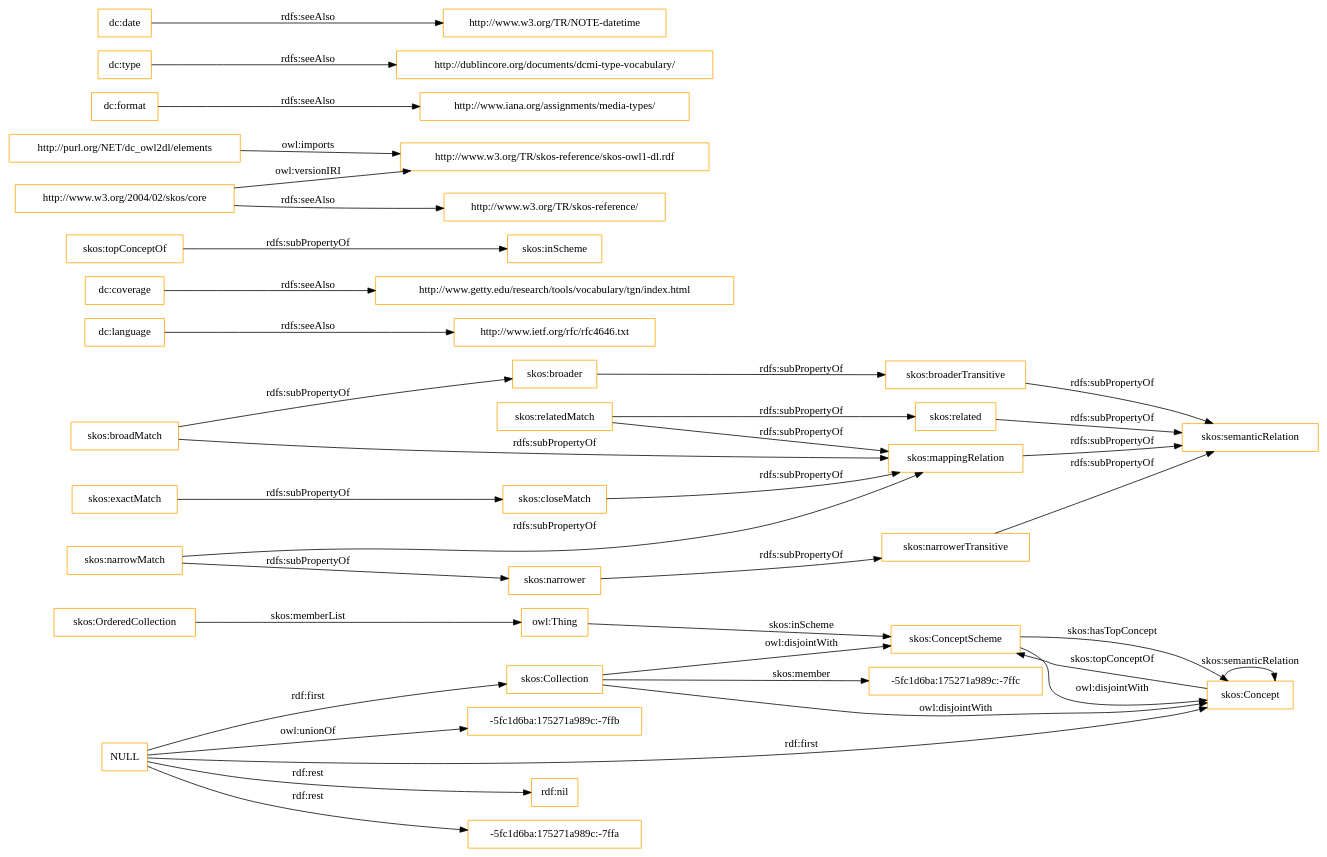
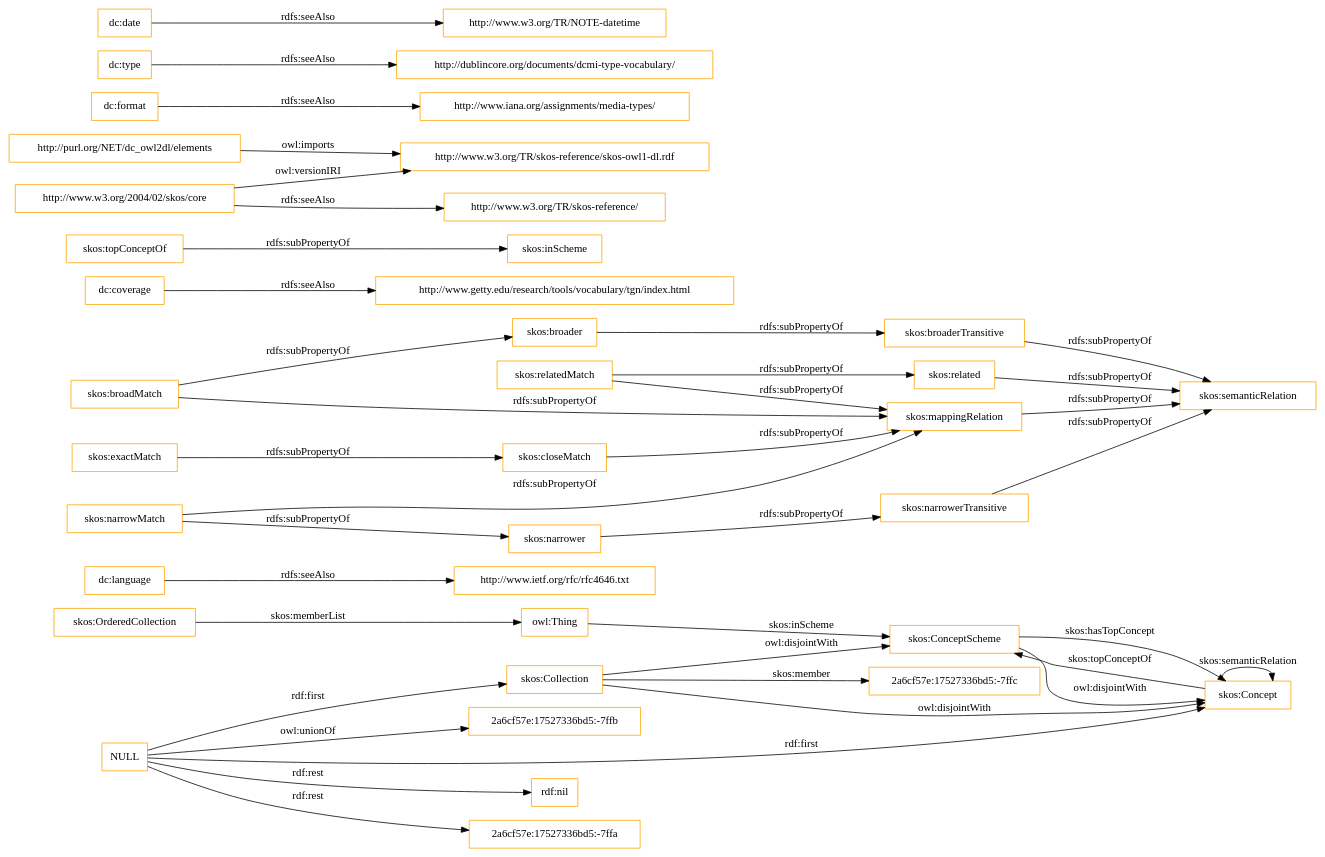
Before and after one commit to OnToologyUser/core-ontology-1: the diagram in OnToology/imports/elements.owl/diagrams/ar2dtool-class/elements.owl.png.dot, drawn with Graphviz. The commit also changed 14 other files, not shown here.

```diff
--- a/OnToology/imports/elements.owl/diagrams/ar2dtool-class/elements.owl.png.dot
+++ b/OnToology/imports/elements.owl/diagrams/ar2dtool-class/elements.owl.png.dot
@@ -1,43 +1,43 @@
 digraph ar2dtool_diagram { 
 rankdir=LR;
 size="1501"
-node [shape = rectangle, color="orange"]; "-5fc1d6ba:175271a989c:-7ffc" "skos:OrderedCollection" "skos:Collection" "skos:ConceptScheme" "skos:Concept" ; /*classes style*/
-	"skos:narrowerTransitive" -> "skos:semanticRelation" [ label = "rdfs:subPropertyOf" ];
+node [shape = rectangle, color="orange"]; "2a6cf57e:17527336bd5:-7ffc" "skos:OrderedCollection" "skos:Collection" "skos:ConceptScheme" "skos:Concept" ; /*classes style*/
 	"dc:language" -> "http://www.ietf.org/rfc/rfc4646.txt" [ label = "rdfs:seeAlso" ];
+	"NULL" -> "rdf:nil" [ label = "rdf:rest" ];
+	"NULL" -> "skos:Collection" [ label = "rdf:first" ];
+	"NULL" -> "2a6cf57e:17527336bd5:-7ffa" [ label = "rdf:rest" ];
+	"NULL" -> "skos:Concept" [ label = "rdf:first" ];
+	"NULL" -> "2a6cf57e:17527336bd5:-7ffb" [ label = "owl:unionOf" ];
 	"skos:closeMatch" -> "skos:mappingRelation" [ label = "rdfs:subPropertyOf" ];
 	"dc:coverage" -> "http://www.getty.edu/research/tools/vocabulary/tgn/index.html" [ label = "rdfs:seeAlso" ];
 	"skos:relatedMatch" -> "skos:related" [ label = "rdfs:subPropertyOf" ];
 	"skos:relatedMatch" -> "skos:mappingRelation" [ label = "rdfs:subPropertyOf" ];
 	"skos:ConceptScheme" -> "skos:Concept" [ label = "owl:disjointWith" ];
 	"skos:related" -> "skos:semanticRelation" [ label = "rdfs:subPropertyOf" ];
 	"skos:topConceptOf" -> "skos:inScheme" [ label = "rdfs:subPropertyOf" ];
 	"skos:broadMatch" -> "skos:broader" [ label = "rdfs:subPropertyOf" ];
 	"skos:broadMatch" -> "skos:mappingRelation" [ label = "rdfs:subPropertyOf" ];
 	"http://purl.org/NET/dc_owl2dl/elements" -> "http://www.w3.org/TR/skos-reference/skos-owl1-dl.rdf" [ label = "owl:imports" ];
 	"skos:exactMatch" -> "skos:closeMatch" [ label = "rdfs:subPropertyOf" ];
 	"dc:format" -> "http://www.iana.org/assignments/media-types/" [ label = "rdfs:seeAlso" ];
 	"skos:broaderTransitive" -> "skos:semanticRelation" [ label = "rdfs:subPropertyOf" ];
 	"dc:type" -> "http://dublincore.org/documents/dcmi-type-vocabulary/" [ label = "rdfs:seeAlso" ];
 	"skos:broader" -> "skos:broaderTransitive" [ label = "rdfs:subPropertyOf" ];
 	"skos:mappingRelation" -> "skos:semanticRelation" [ label = "rdfs:subPropertyOf" ];
 	"http://www.w3.org/2004/02/skos/core" -> "http://www.w3.org/TR/skos-reference/skos-owl1-dl.rdf" [ label = "owl:versionIRI" ];
 	"http://www.w3.org/2004/02/skos/core" -> "http://www.w3.org/TR/skos-reference/" [ label = "rdfs:seeAlso" ];
 	"skos:Collection" -> "skos:ConceptScheme" [ label = "owl:disjointWith" ];
 	"skos:Collection" -> "skos:Concept" [ label = "owl:disjointWith" ];
 	"skos:narrowMatch" -> "skos:narrower" [ label = "rdfs:subPropertyOf" ];
 	"skos:narrowMatch" -> "skos:mappingRelation" [ label = "rdfs:subPropertyOf" ];
 	"skos:narrower" -> "skos:narrowerTransitive" [ label = "rdfs:subPropertyOf" ];
 	"dc:date" -> "http://www.w3.org/TR/NOTE-datetime" [ label = "rdfs:seeAlso" ];
-	"NULL" -> "rdf:nil" [ label = "rdf:rest" ];
-	"NULL" -> "skos:Collection" [ label = "rdf:first" ];
-	"NULL" -> "-5fc1d6ba:175271a989c:-7ffa" [ label = "rdf:rest" ];
-	"NULL" -> "skos:Concept" [ label = "rdf:first" ];
-	"NULL" -> "-5fc1d6ba:175271a989c:-7ffb" [ label = "owl:unionOf" ];
+	"skos:narrowerTransitive" -> "skos:semanticRelation" [ label = "rdfs:subPropertyOf" ];
 	"skos:OrderedCollection" -> "owl:Thing" [ label = "skos:memberList" ];
 	"skos:Concept" -> "skos:ConceptScheme" [ label = "skos:topConceptOf" ];
 	"skos:Concept" -> "skos:Concept" [ label = "skos:semanticRelation" ];
-	"skos:Collection" -> "-5fc1d6ba:175271a989c:-7ffc" [ label = "skos:member" ];
+	"skos:Collection" -> "2a6cf57e:17527336bd5:-7ffc" [ label = "skos:member" ];
 	"skos:ConceptScheme" -> "skos:Concept" [ label = "skos:hasTopConcept" ];
 	"owl:Thing" -> "skos:ConceptScheme" [ label = "skos:inScheme" ];
 
 }
```
